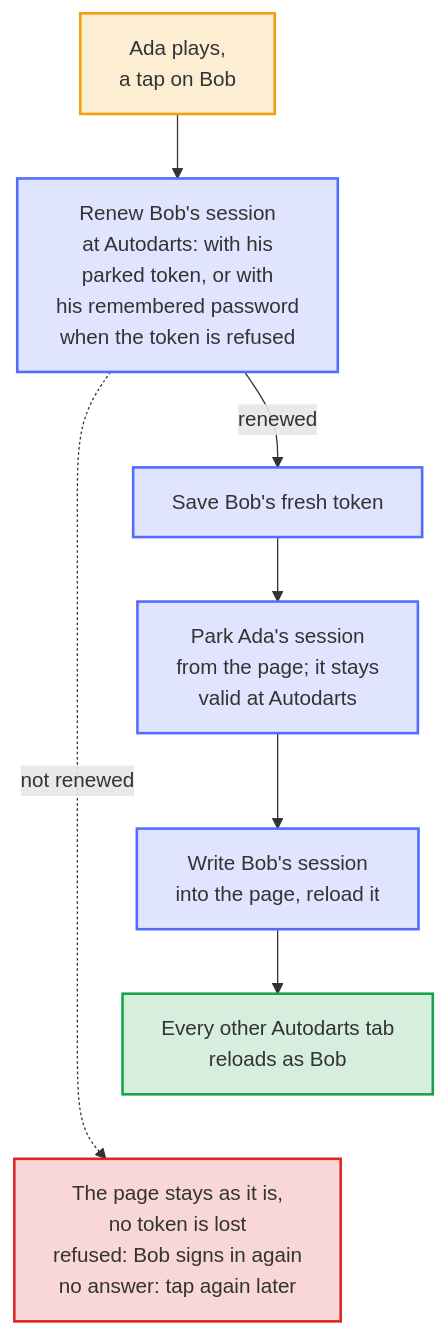
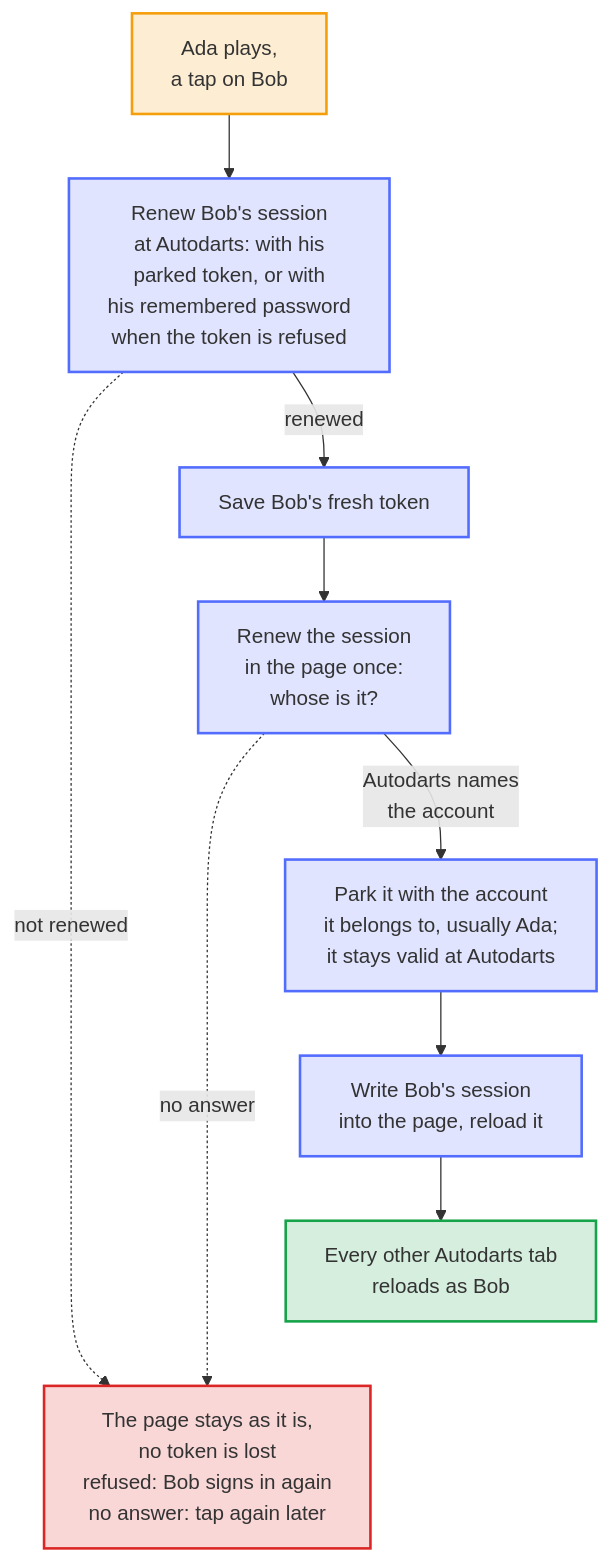
One commit to Dennis-Otto/player-switch-for-autodarts changed the diagram in docs/diagrams/switch-flow.mmd. Above: the diagram before and after it, drawn with Mermaid. The commit also changed 25 other files, not shown here.

First line of the commit message:
fix: a session signed in directly in the page can no longer be saved under another player's tile (#111)

```diff
--- a/docs/diagrams/switch-flow.mmd
+++ b/docs/diagrams/switch-flow.mmd
@@ -1,31 +1,35 @@
 ---
 config:
   flowchart:
     wrappingWidth: 400
 ---
 flowchart TB
     accTitle: What a tap on a player does
-    accDescr: Ada plays, and a tap on Bob switches. The extension renews Bob's session at Autodarts with his parked token or, when Autodarts refuses the token, with his remembered password. When that fails, the page stays as it is and no token is lost: Bob has to sign in again when Autodarts refused him, and a tap later tries again when Autodarts couldn't be reached. Otherwise the extension saves Bob's fresh token, parks Ada's session from the page, still valid at Autodarts, writes Bob's session into the page and reloads it, and every other Autodarts tab reloads as Bob.
+    accDescr: Ada plays, and a tap on Bob switches. The extension renews Bob's session at Autodarts with his parked token or, when Autodarts refuses the token, with his remembered password. When that fails, the page stays as it is and no token is lost: Bob has to sign in again when Autodarts refused him, and a tap later tries again when Autodarts couldn't be reached. Otherwise the extension saves Bob's fresh token and renews the session in the page once, to learn whose it is; without an answer, the page stays as it is here too. It parks that session with the account it belongs to, still valid at Autodarts, usually Ada's, writes Bob's session into the page and reloads it, and every other Autodarts tab reloads as Bob.
 
     tap["Ada plays,<br>a tap on Bob"]
     renew["Renew Bob's session<br>at Autodarts: with his<br>parked token, or with<br>his remembered password<br>when the token is refused"]
     stays["The page stays as it is,<br>no token is lost<br>refused: Bob signs in again<br>no answer: tap again later"]
     save["Save Bob's fresh token"]
-    park["Park Ada's session<br>from the page; it stays<br>valid at Autodarts"]
+    who["Renew the session<br>in the page once:<br>whose is it?"]
+    park["Park it with the account<br>it belongs to, usually Ada;<br>it stays valid at Autodarts"]
     write["Write Bob's session<br>into the page, reload it"]
     others["Every other Autodarts tab<br>reloads as Bob"]
 
     tap --> renew
     renew -- "renewed" --> save
-    save --> park --> write --> others
+    save --> who
+    who -- "Autodarts names<br>the account" --> park
+    park --> write --> others
     renew -. "not renewed" .-> stays
+    who -. "no answer" .-> stays
     others ~~~ stays
 
     classDef bot fill:#526cfe2e,stroke:#526cfe,stroke-width:2px
     classDef done fill:#16a34a2e,stroke:#16a34a,stroke-width:2px
     classDef person fill:#f59e0b2e,stroke:#f59e0b,stroke-width:2px
     classDef failed fill:#dc26262e,stroke:#dc2626,stroke-width:2px
     class tap person
-    class renew,save,park,write bot
+    class renew,save,who,park,write bot
     class others done
     class stays failed
```
